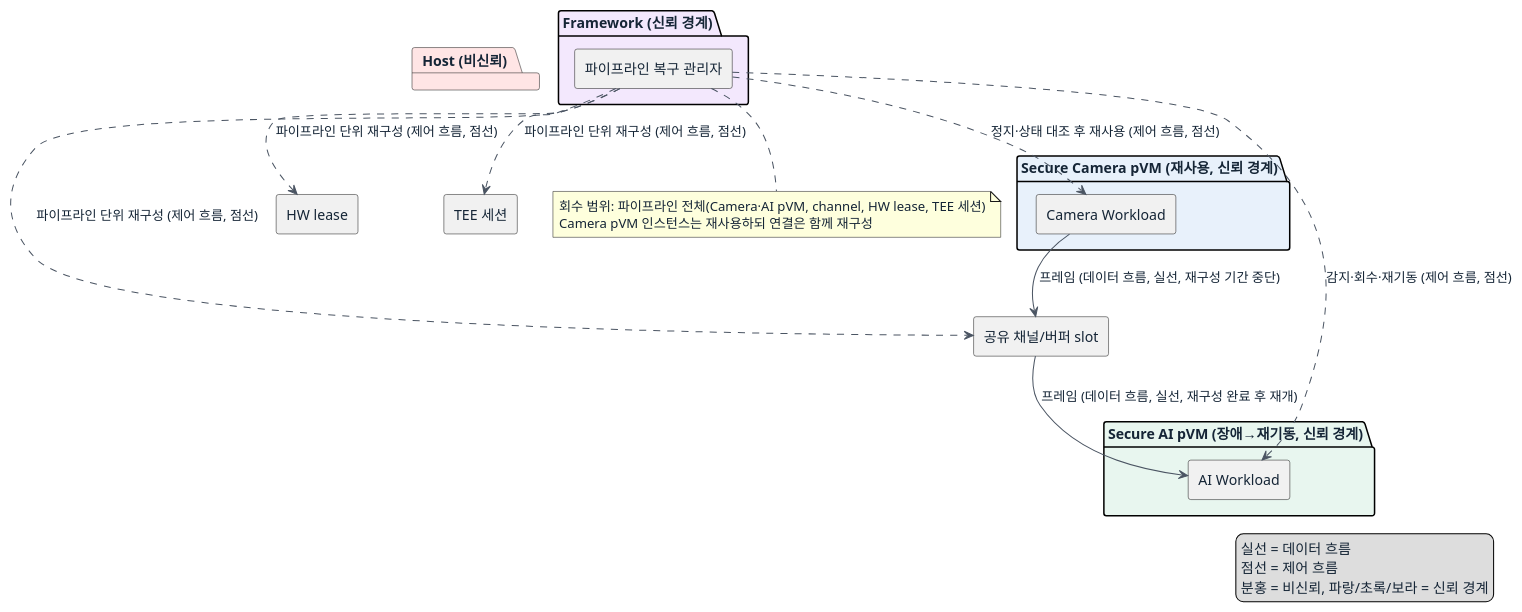
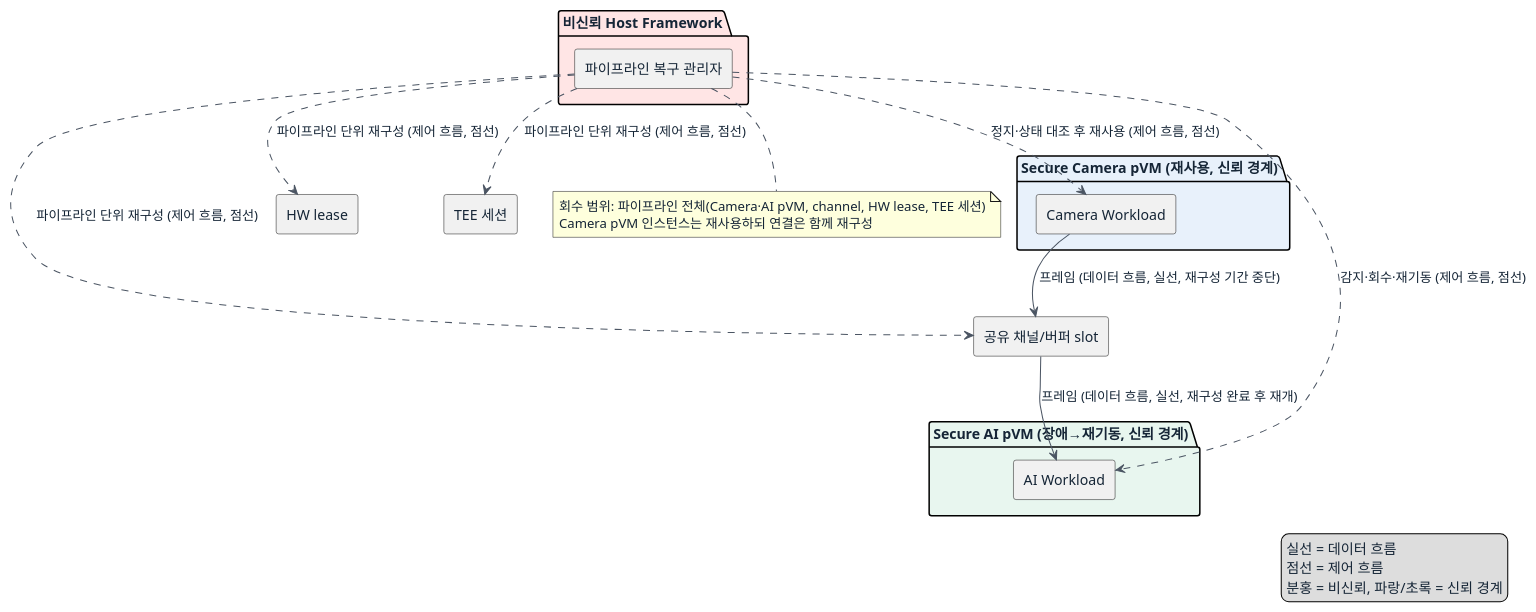
One commit to boram1288/test-p changed the second of 2 diagrams in docs-dp/DP-07.md. Above: the diagram before and after it, drawn with PlantUML. The commit also changed other lines of this file and 13 other files, not shown here.

Commit message:
Document all architecture decision points

````diff
--- a/docs-dp/DP-07.md
+++ b/docs-dp/DP-07.md
@@ -98,47 +95,44 @@
 ```plantuml
 @startuml
 skinparam shadowing false
 skinparam componentStyle rectangle
 skinparam ArrowColor #4B5563
 skinparam defaultFontColor #152536
 
-package "Host (비신뢰)" #FFE5E5 {
-}
-
-package "Framework (신뢰 경계)" #F3E8FD {
+package "비신뢰 Host Framework" #FFE5E5 {
   [파이프라인 복구 관리자] as RecB
 }
 
 package "Secure Camera pVM (재사용, 신뢰 경계)" #E8F1FB {
   [Camera Workload] as Cam
 }
 
 package "Secure AI pVM (장애→재기동, 신뢰 경계)" #E8F6EF {
   [AI Workload] as AI
 }
 
 [공유 채널/버퍼 slot] as Chan
 [HW lease] as HW
 [TEE 세션] as TEESess
 
 RecB ..> Cam : 정지·상태 대조 후 재사용 (제어 흐름, 점선)
 RecB ..> AI : 감지·회수·재기동 (제어 흐름, 점선)
 RecB ..> Chan : 파이프라인 단위 재구성 (제어 흐름, 점선)
 RecB ..> HW : 파이프라인 단위 재구성 (제어 흐름, 점선)
 RecB ..> TEESess : 파이프라인 단위 재구성 (제어 흐름, 점선)
 
 Cam -down-> Chan : 프레임 (데이터 흐름, 실선, 재구성 기간 중단)
 Chan -down-> AI : 프레임 (데이터 흐름, 실선, 재구성 완료 후 재개)
 
 note bottom of RecB
   회수 범위: 파이프라인 전체(Camera·AI pVM, channel, HW lease, TEE 세션)
   Camera pVM 인스턴스는 재사용하되 연결은 함께 재구성
 end note
 
 legend right
   실선 = 데이터 흐름
   점선 = 제어 흐름
-  분홍 = 비신뢰, 파랑/초록/보라 = 신뢰 경계
+  분홍 = 비신뢰, 파랑/초록 = 신뢰 경계
 endlegend
 @enduml
 ```
````
